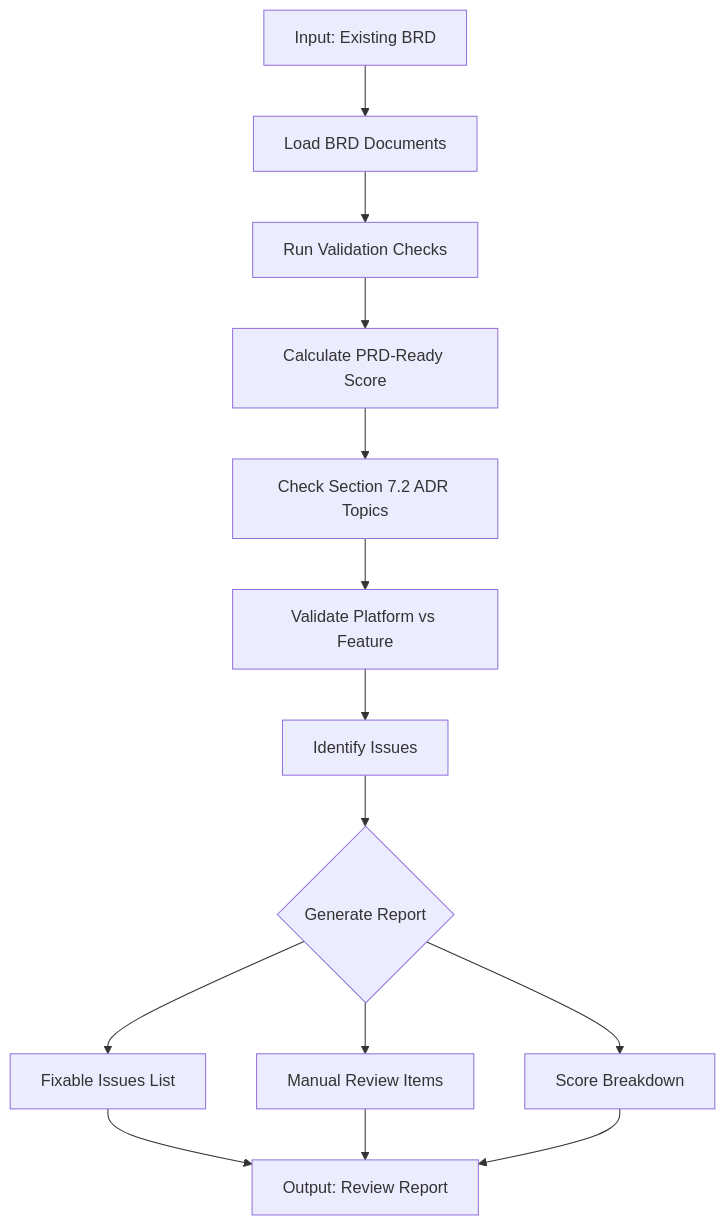
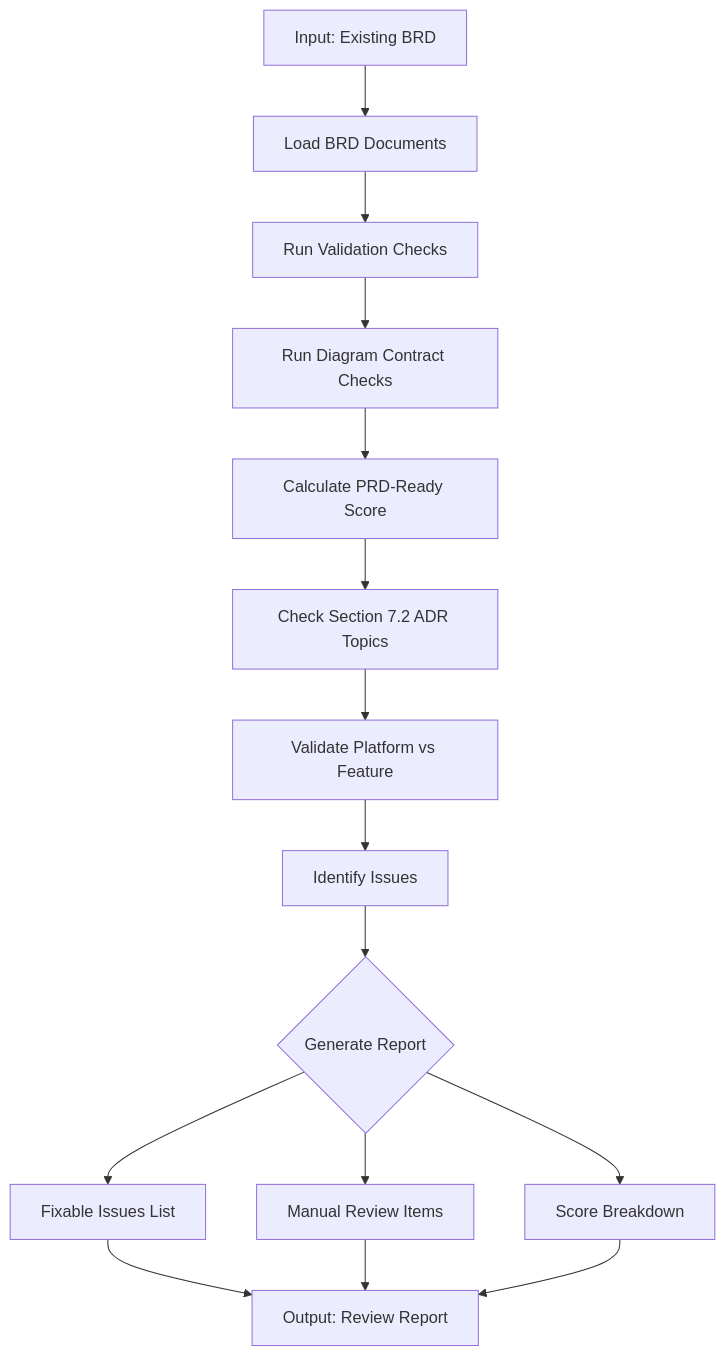
The third of 5 diagrams in .claude/skills/doc-brd-autopilot/SKILL.md (vladm3105/aidoc-flow-framework), drawn with Mermaid before and after one commit. The commit also changed other lines of this file and 118 other files, not shown here.

````diff
--- a/.claude/skills/doc-brd-autopilot/SKILL.md
+++ b/.claude/skills/doc-brd-autopilot/SKILL.md
@@ -1154,16 +1156,17 @@
 ```mermaid
 flowchart TD
     A[Input: Existing BRD] --> B[Load BRD Documents]
     B --> C[Run Validation Checks]
-    C --> D[Calculate PRD-Ready Score]
-    D --> E[Check Section 7.2 ADR Topics]
-    E --> F[Validate Platform vs Feature]
-    F --> G[Identify Issues]
-    G --> H{Generate Report}
-    H --> I[Fixable Issues List]
-    H --> J[Manual Review Items]
-    H --> K[Score Breakdown]
-    I --> L[Output: Review Report]
-    J --> L
-    K --> L
+    C --> D[Run Diagram Contract Checks]
+    D --> E[Calculate PRD-Ready Score]
+    E --> F[Check Section 7.2 ADR Topics]
+    F --> G[Validate Platform vs Feature]
+    G --> H[Identify Issues]
+    H --> I{Generate Report}
+    I --> J[Fixable Issues List]
+    I --> K[Manual Review Items]
+    I --> L[Score Breakdown]
+    J --> M[Output: Review Report]
+    K --> M
+    L --> M
 ```
````
